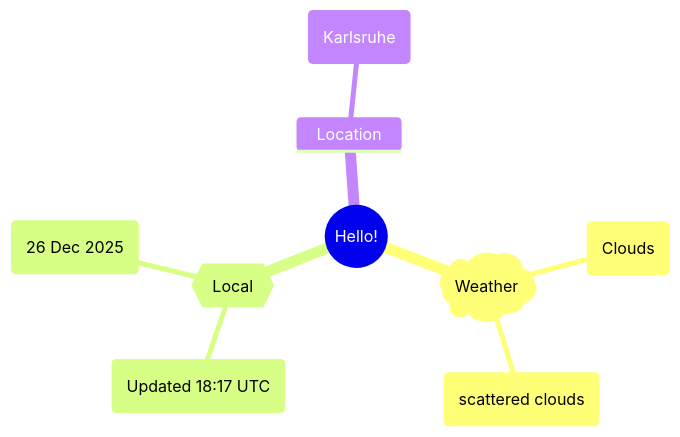
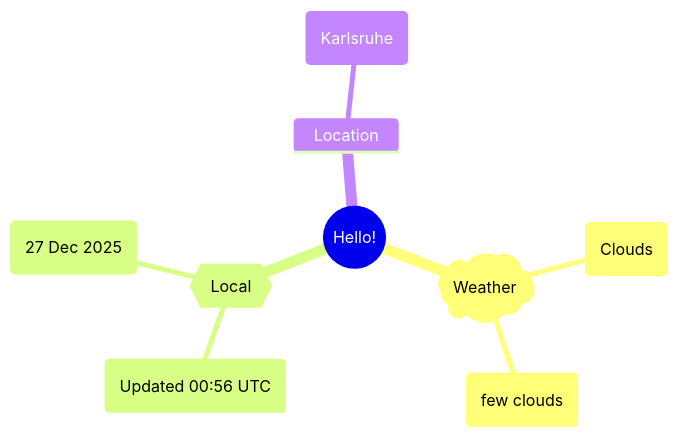
The first of 2 diagrams in README.md (Xosrov/Xosrov), drawn with Mermaid before and after one commit.

Commit message:
[bot] updated images

````diff
--- a/README.md
+++ b/README.md
@@ -3,12 +3,12 @@
 ```mermaid
 mindmap
   root((Hello!))
     )Weather(
         (Clouds)
-        (scattered clouds)
+        (few clouds)
     {{Local}}
-        (Updated 18:17 UTC)
-        (26 Dec 2025)
+        (Updated 00:56 UTC)
+        (27 Dec 2025)
     Location
         (Karlsruhe)
 ```
````
